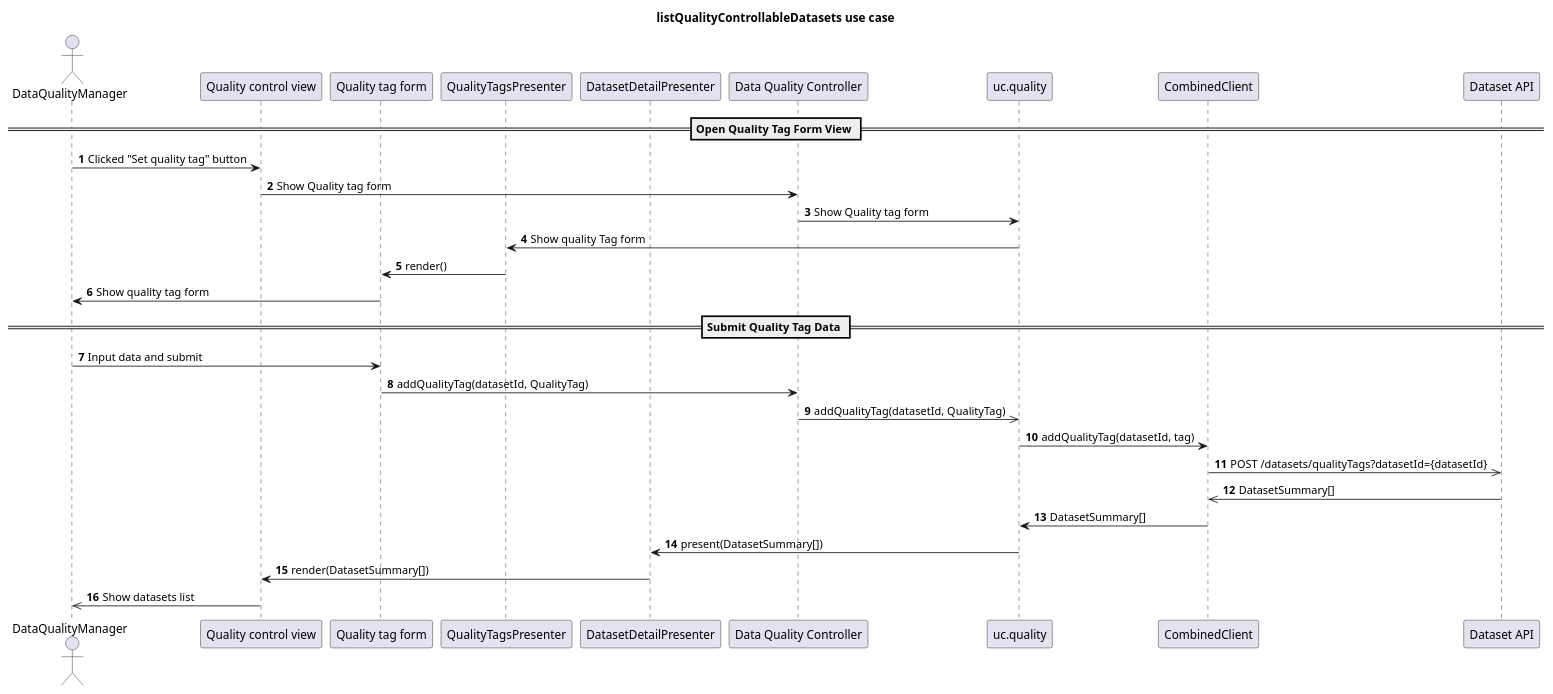
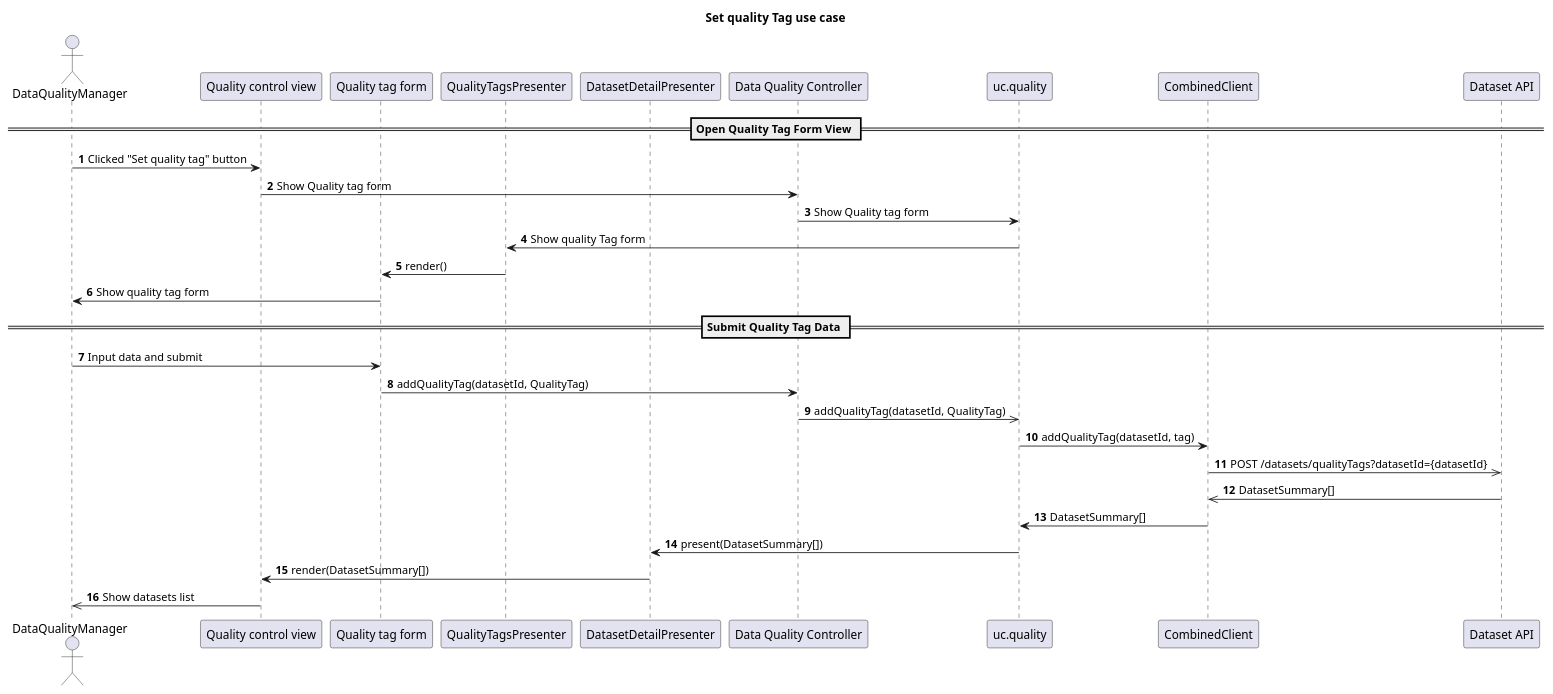
One commit to POP2025-EEPW/doorce-frontend changed the diagram in diagrams/sequence/setQualityTag.puml. Above: the diagram before and after it, drawn with PlantUML. The commit also changed 2 other files, not shown here.

Commit message:
feat: add missing diagrams for group5

```diff
--- a/diagrams/sequence/setQualityTag.puml
+++ b/diagrams/sequence/setQualityTag.puml
@@ -1,35 +1,35 @@
 @startuml
-title listQualityControllableDatasets use case
+title Set quality Tag use case
 autonumber
 
 actor DataQualityManager as User
 
 participant "Quality control view" as View
 participant "Quality tag form" as TagView
 participant "QualityTagsPresenter" as Presenter
 participant "DatasetDetailPresenter" as DatasetPresenter
 participant "Data Quality Controller" as Controller
 participant "uc.quality" as UseCase
 participant "CombinedClient" as Client
 participant "Dataset API" as Http
 
 == Open Quality Tag Form View ==
 User -> View : Clicked "Set quality tag" button
 View -> Controller : Show Quality tag form
 Controller -> UseCase : Show Quality tag form
 UseCase -> Presenter : Show quality Tag form
 Presenter -> TagView : render()
 TagView -> User : Show quality tag form
 == Submit Quality Tag Data ==
 User -> TagView : Input data and submit
 TagView -> Controller : addQualityTag(datasetId, QualityTag)
 Controller ->> UseCase : addQualityTag(datasetId, QualityTag)
 UseCase -> Client : addQualityTag(datasetId, tag)
 Client ->> Http : POST /datasets/qualityTags?datasetId={datasetId}
 Http ->> Client : DatasetSummary[]
 Client -> UseCase : DatasetSummary[]
 UseCase -> DatasetPresenter : present(DatasetSummary[])
 DatasetPresenter -> View : render(DatasetSummary[])
 View ->> User : Show datasets list
 
 @enduml
```
